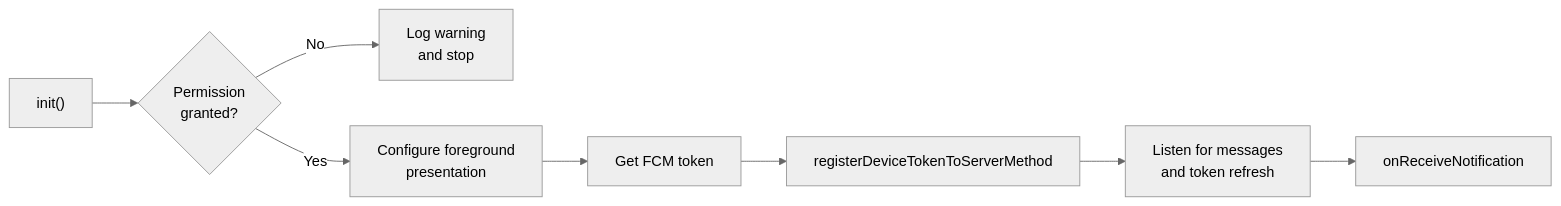
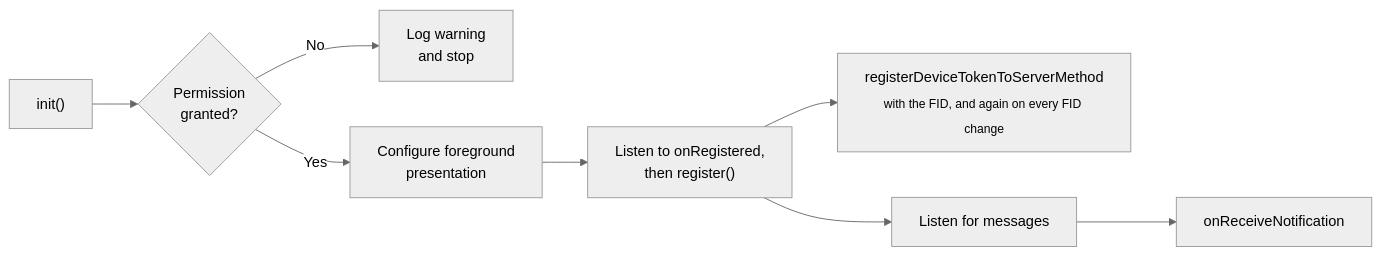
One commit to ahmedabdelrahmanalghwalbi/omni_core changed the third of 5 diagrams in README.md. Above: the diagram before and after it, drawn with Mermaid (neutral theme). The commit also changed other lines of this file and 31 other files, not shown here.

````diff
--- a/README.md
+++ b/README.md
@@ -418,10 +506,10 @@
 ```mermaid
 flowchart LR
     A["init()"] --> B{"Permission<br/>granted?"}
     B -- No --> X["Log warning<br/>and stop"]
     B -- Yes --> C["Configure foreground<br/>presentation"]
-    C --> D["Get FCM token"]
-    D --> E["registerDeviceTokenToServerMethod"]
-    E --> F["Listen for messages<br/>and token refresh"]
+    C --> D["Listen to onRegistered,<br/>then register()"]
+    D --> E["registerDeviceTokenToServerMethod<br/><sub>with the FID, and again on every FID change</sub>"]
+    D --> F["Listen for messages"]
     F --> G["onReceiveNotification"]
 ```
````
